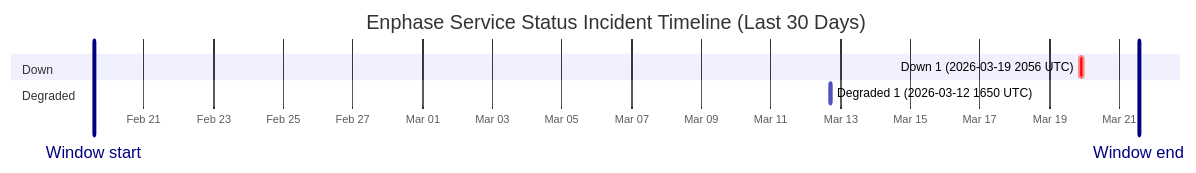
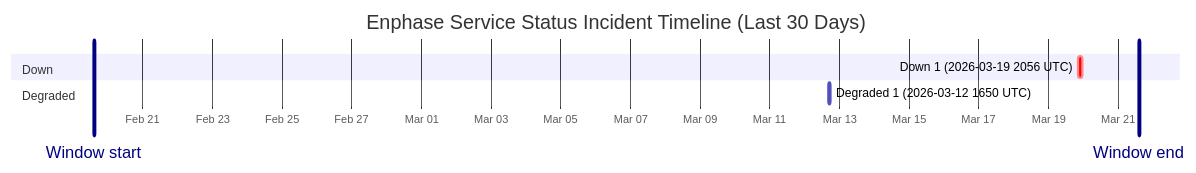
Before and after one commit to barneyonline/ha-enphase-ev-charger: the diagram in wiki/Service-Status-History.md, drawn with Mermaid. The commit also changed other lines of this file and 3 other files, not shown here.

````diff
--- a/wiki/Service-Status-History.md
+++ b/wiki/Service-Status-History.md
@@ -14,12 +14,12 @@
 ```mermaid
 gantt
     title Enphase Service Status Incident Timeline (Last 30 Days)
     dateFormat  YYYY-MM-DDTHH:mm:ss
     axisFormat  %b %d
-    Window start :vert, window-start, 2026-02-19T13:36:13, 0ms
-    Window end :vert, window-end, 2026-03-21T13:36:13, 0ms
+    Window start :vert, window-start, 2026-02-19T14:18:30, 0ms
+    Window end :vert, window-end, 2026-03-21T14:18:30, 0ms
     section Down
     Down 1 (2026-03-19 2056 UTC) :crit, down-1, 2026-03-19T20:56:20, 145m
     section Degraded
     Degraded 1 (2026-03-12 1650 UTC) :active, degraded-1, 2026-03-12T16:50:43, 60m
 ```
````
